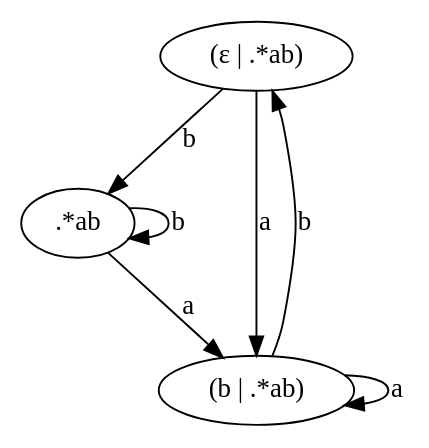
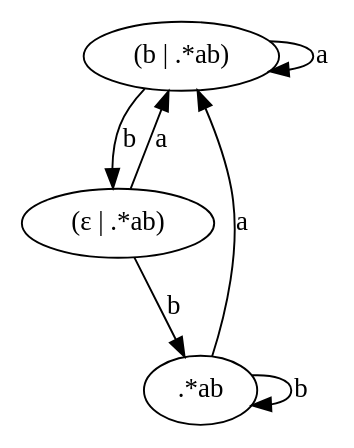
Before and after one commit to eniac/Reef: the diagram in graphs/dfa.dot, drawn with Graphviz. The commit also changed other lines of this file and 2 other files, not shown here.

```diff
--- a/graphs/dfa.dot
+++ b/graphs/dfa.dot
@@ -1,11 +1,11 @@
 digraph example {
+    N1[label="(b | .*ab)"];
     N2[label="(ε | .*ab)"];
     N0[label=".*ab"];
-    N1[label="(b | .*ab)"];
+    N2 -> N0[label="b"];
+    N0 -> N1[label="a"];
+    N0 -> N0[label="b"];
+    N1 -> N2[label="b"];
     N1 -> N1[label="a"];
-    N0 -> N0[label="b"];
     N2 -> N1[label="a"];
-    N0 -> N1[label="a"];
-    N1 -> N2[label="b"];
-    N2 -> N0[label="b"];
 }
```
